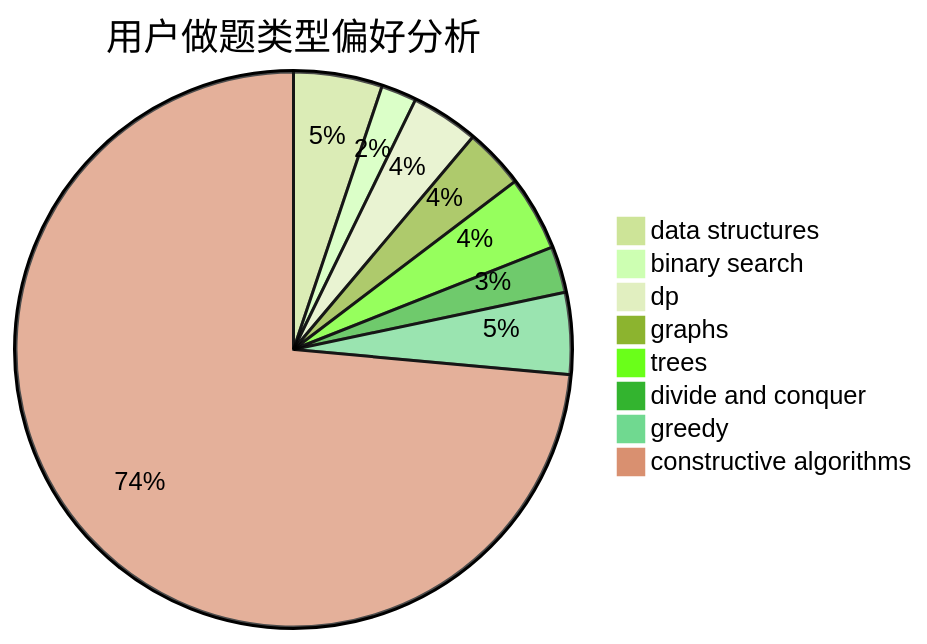
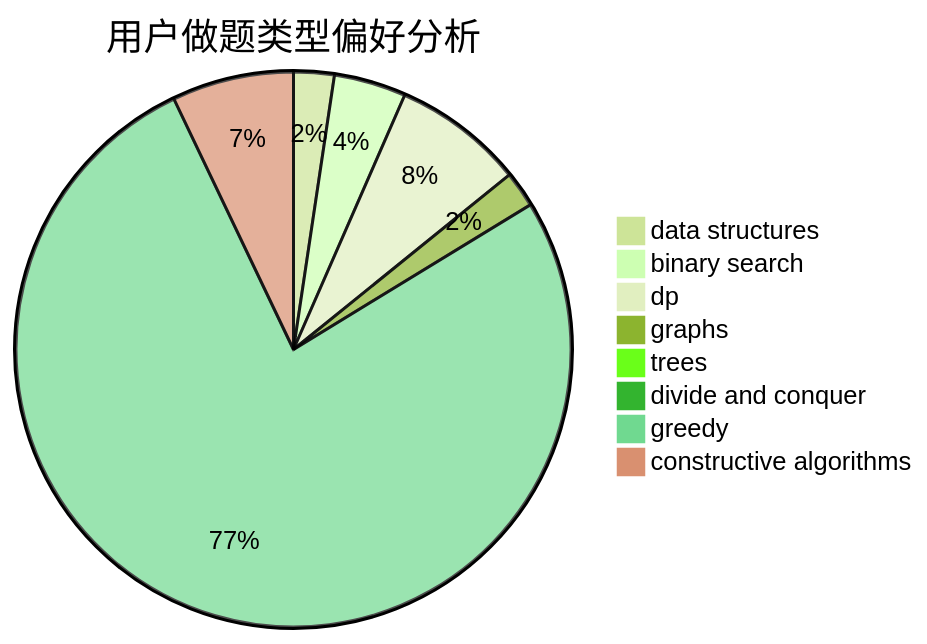
Before and after one commit to sherpahu/cfrs.github.io: the second of 3 diagrams in docs/user/u2035.md, drawn with Mermaid (forest theme). The commit also changed other lines of this file and 2770 other files, not shown here.

````diff
--- a/docs/user/u2035.md
+++ b/docs/user/u2035.md
@@ -23,11 +23,11 @@
 ```mermaid
 pie title 用户做题类型偏好分析
-    "data structures" :  25
-    "binary search" :  10
-    "dp" :  19
-    "graphs" :  17
-    "trees" :  21
-    "divide and conquer" :  13
-    "greedy" :  23
-    "constructive algorithms" :  356
+    "data structures" :  9
+    "binary search" :  16
+    "dp" :  29
+    "graphs" :  8
+    "trees" :  0
+    "divide and conquer" :  0
+    "greedy" :  292
+    "constructive algorithms" :  27
 ```
````
